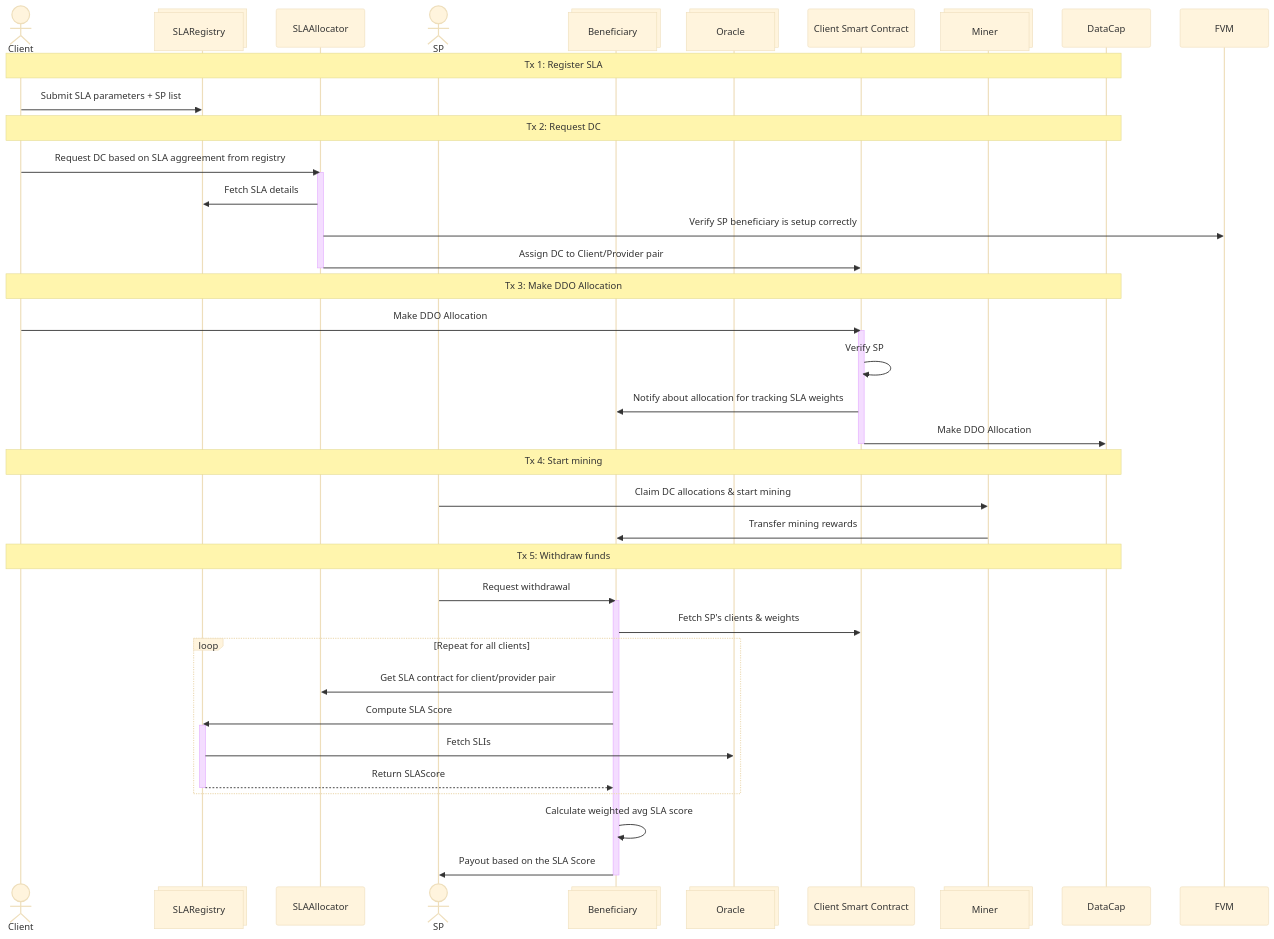
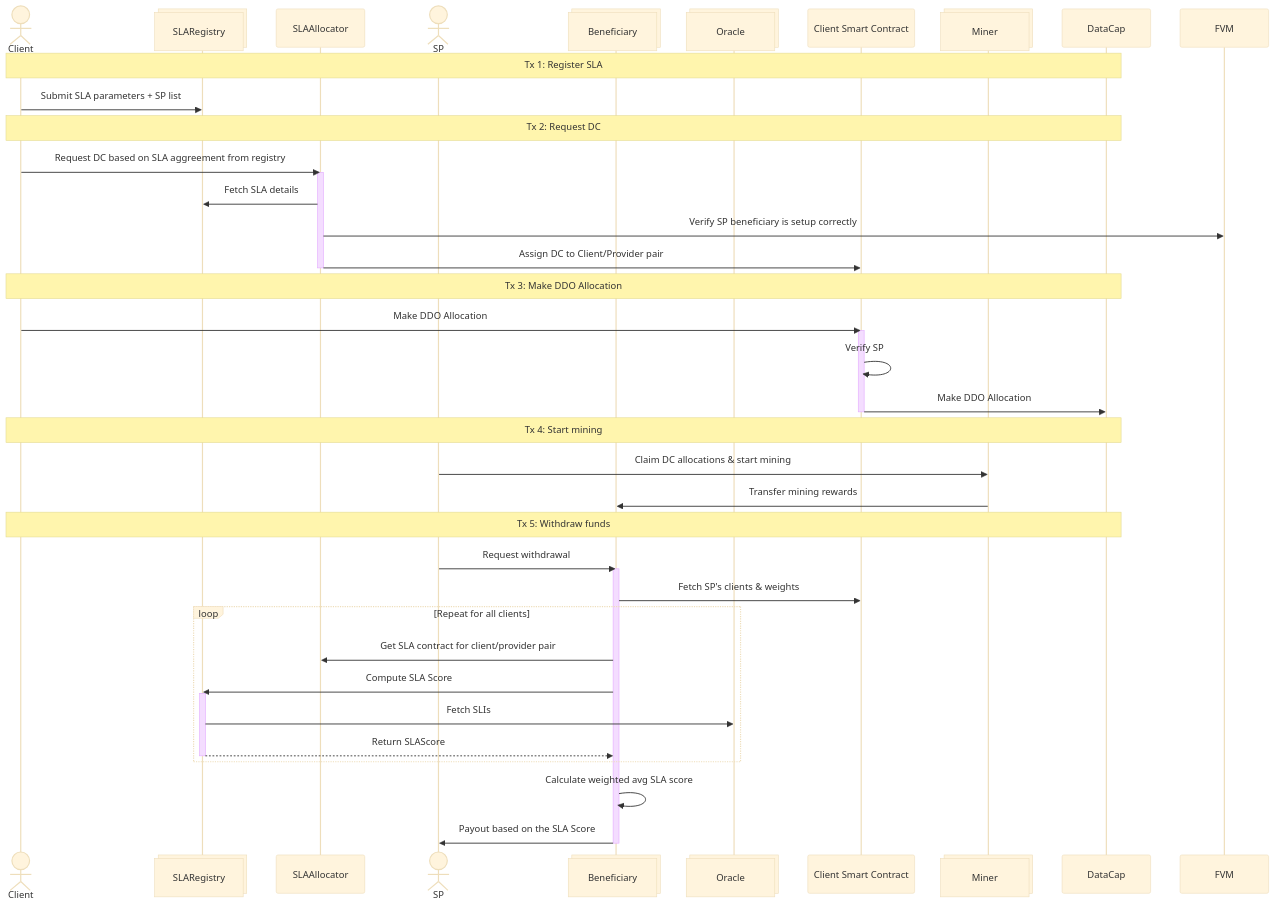
One commit to kacperzuk-neti/sla-allocator-contracts changed the first of 2 diagrams in README.md. Above: the diagram before and after it, drawn with Mermaid (base theme).

Commit message:
Remove notification for SLA weights tracking
Removed notification about allocation for tracking SLA weights.

````diff
--- a/README.md
+++ b/README.md
@@ -194,54 +194,53 @@
 ```mermaid
 sequenceDiagram
   actor Client
   participant SLARegistry@{ "type" : "collections" }
   participant SLAAllocator
   actor SP
   participant Beneficiary@{ "type" : "collections" }
   participant Oracle@{ "type" : "collections" }
   participant ClientSC as Client Smart Contract
   participant Miner@{ "type" : "collections" }
 
 note over Client,DataCap: Tx 1: Register SLA
   Client->>SLARegistry: Submit SLA parameters + SP list
 
 note over Client,DataCap: Tx 2: Request DC
   Client->>SLAAllocator: Request DC based on SLA aggreement from registry
   activate SLAAllocator
   SLAAllocator->>SLARegistry: Fetch SLA details
 
   SLAAllocator->>FVM: Verify SP beneficiary is setup correctly
   SLAAllocator->>ClientSC: Assign DC to Client/Provider pair
   deactivate SLAAllocator
 
 note over Client,DataCap: Tx 3: Make DDO Allocation
   Client->>ClientSC: Make DDO Allocation
   activate ClientSC
   ClientSC->>ClientSC: Verify SP
-  ClientSC->>Beneficiary: Notify about allocation for tracking SLA weights
   ClientSC->>DataCap: Make DDO Allocation
   deactivate ClientSC
 
 note over Client,DataCap: Tx 4: Start mining
   SP->>Miner: Claim DC allocations & start mining
   Miner->>Beneficiary: Transfer mining rewards
   
 note over Client,DataCap: Tx 5: Withdraw funds
   SP->>Beneficiary: Request withdrawal
   activate Beneficiary
   
   Beneficiary->>ClientSC: Fetch SP's clients & weights
   loop Repeat for all clients
   Beneficiary->>SLAAllocator: Get SLA contract for client/provider pair
   Beneficiary->>SLARegistry: Compute SLA Score
   activate SLARegistry
   SLARegistry->>Oracle: Fetch SLIs
   SLARegistry-->>Beneficiary: Return SLAScore
   deactivate SLARegistry
   end
   
   Beneficiary->>Beneficiary: Calculate weighted avg SLA score
 
   Beneficiary->>SP: Payout based on the SLA Score
   deactivate Beneficiary
 ```
````
